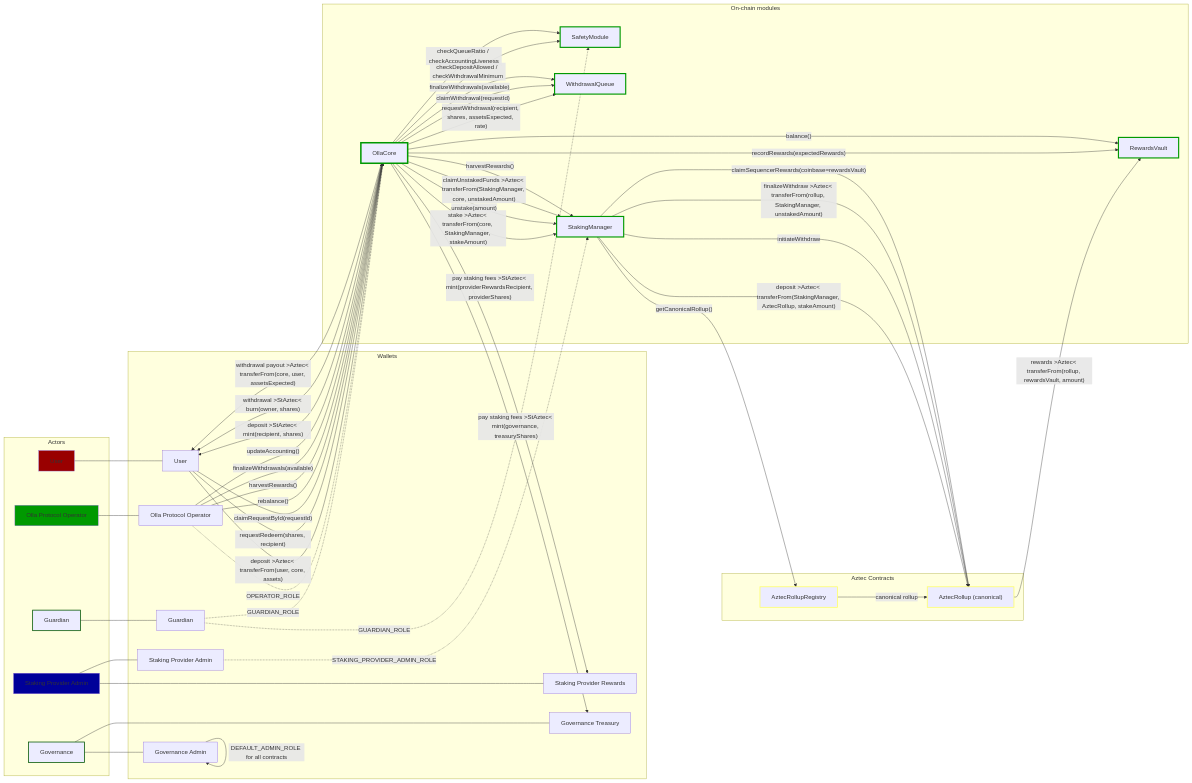
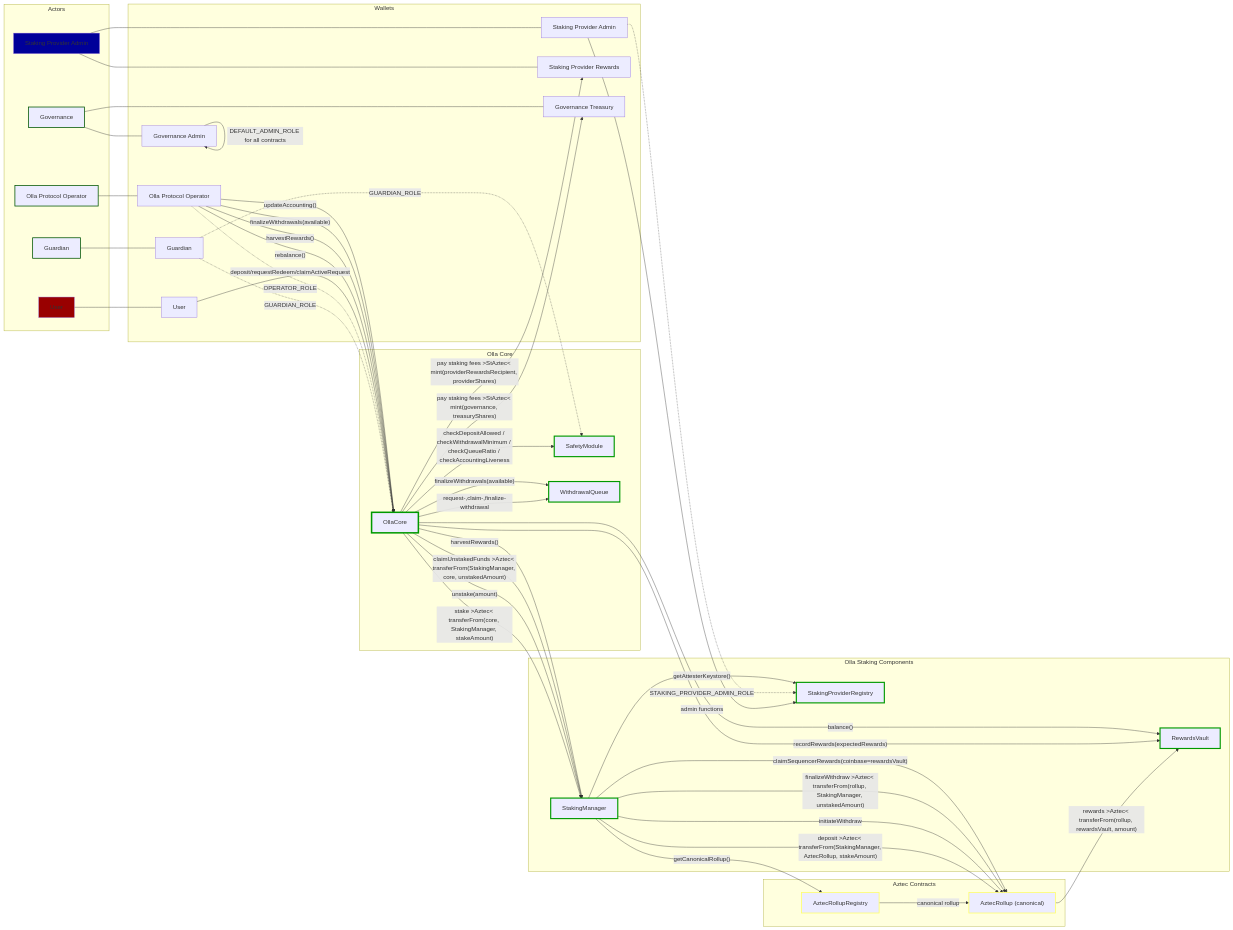
One commit to ollafinance/core changed the first of 6 diagrams in mermaid-diagrams.md. Above: the diagram before and after it, drawn with Mermaid. The commit also changed 15 other files, not shown here.

Commit message:
refactor: extract StakingProviderRegistry to seperate module (out of StakingManager) (#149)

```diff
--- a/mermaid-diagrams.md
+++ b/mermaid-diagrams.md
@@ -31,13 +31,18 @@
     governanceAdminWallet -->|"DEFAULT_ADMIN_ROLE for all contracts"| governanceAdminWallet
 end
 
-subgraph "On-chain modules"
+subgraph "Olla Core"
     core[OllaCore]
     safety[SafetyModule]
     withdrawQ[WithdrawalQueue]
+end
+subgraph "Olla Staking Components"
     rewards[RewardsVault]
     stkMan[StakingManager]
+    spr[StakingProviderRegistry]
 end
+
+stakingProviderAdminWallet -->|"admin functions"| spr
 
 subgraph "Aztec Contracts"
     rollupRegistry[AztecRollupRegistry]
@@ -48,23 +53,14 @@
 guardianWallet -. "GUARDIAN_ROLE" .-> safety
 
 ollaOperatorWallet -. "OPERATOR_ROLE" .-> core
-stakingProviderAdminWallet -. "STAKING_PROVIDER_ADMIN_ROLE" .-> stkMan
+stakingProviderAdminWallet -. "STAKING_PROVIDER_ADMIN_ROLE" .-> spr
 
 %% User flows (asset + call-path)
-userWallet -->|"deposit >Aztec< transferFrom(user, core, assets)"| core
-core -->|"deposit >StAztec< mint(recipient, shares)"| userWallet
+userWallet -->|"deposit/requestRedeem/claimActiveRequest"| core
 
-userWallet -->|"requestRedeem(shares, recipient)"| core
-core -->|"withdrawal >StAztec< burn(owner, shares)"| userWallet
-core -->|"requestWithdrawal(recipient, shares, assetsExpected, rate)"| withdrawQ
+core -->|"request-,claim-,finalize-withdrawal"| withdrawQ
 
-userWallet -->|"claimRequestById(requestId)"| core
-core -->|"claimWithdrawal(requestId)"| withdrawQ
-core -->|"withdrawal payout >Aztec< transferFrom(core, user, assetsExpected)"| userWallet
-
-%% Safety checks (control-plane)
-core -->|"checkDepositAllowed / checkWithdrawalMinimum"| safety
-core -->|"checkQueueRatio / checkAccountingLiveness"| safety
+core -->|"checkDepositAllowed / checkWithdrawalMinimum / checkQueueRatio / checkAccountingLiveness"| safety
 
 %% Operator cycle (end-state orchestration)
 ollaOperatorWallet -->|"rebalance()"| core
@@ -74,6 +70,7 @@
 
 %% Staking principal (AZTEC token) movements
 core -->|"stake >Aztec< transferFrom(core, StakingManager, stakeAmount)"| stkMan
+stkMan -->|"getAttesterKeystore()"| spr
 stkMan -->|"deposit >Aztec< transferFrom(StakingManager, AztecRollup, stakeAmount)"| rollup
 
 core -->|"unstake(amount)"| stkMan
@@ -96,14 +93,17 @@
 core -->|"pay staking fees >StAztec< mint(governance, treasuryShares)"| treasury
 core -->|"pay staking fees >StAztec< mint(providerRewardsRecipient, providerShares)"| stakingProviderRewardsWallet
 
+%% Staking provider admin (control-plane)
+
 style user fill:#900
-style ollaOperatorActor fill:#090
+style ollaOperatorActor stroke:#050,stroke-width:2px
 style stakingProviderActor fill:#009
 style rollup stroke:#ff6,stroke-width:2px
 style core stroke:#090,stroke-width:4px
 style safety stroke:#090,stroke-width:3px
 style rewards stroke:#090,stroke-width:3px
 style stkMan stroke:#090,stroke-width:3px
+style spr stroke:#090,stroke-width:3px
 style withdrawQ stroke:#090,stroke-width:3px
 style rollupRegistry stroke:#ff6,stroke-width:2px
 style guardianActor stroke:#050,stroke-width:2px
```
